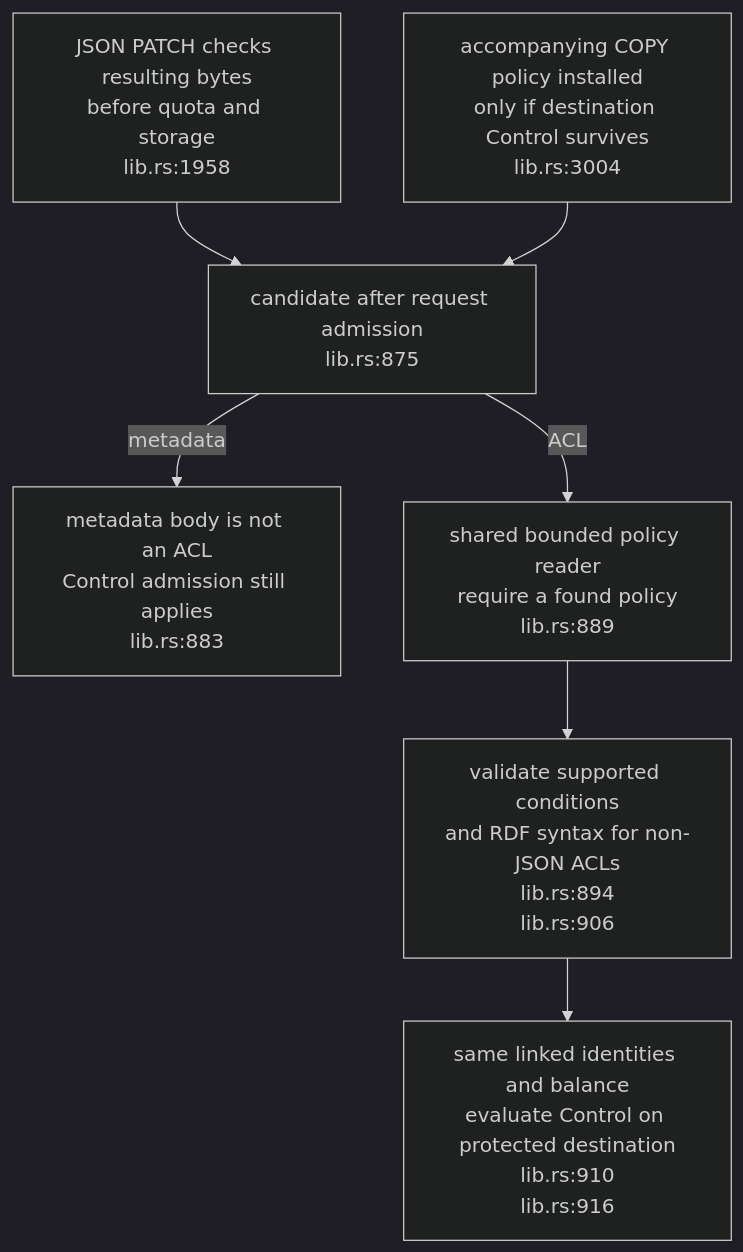
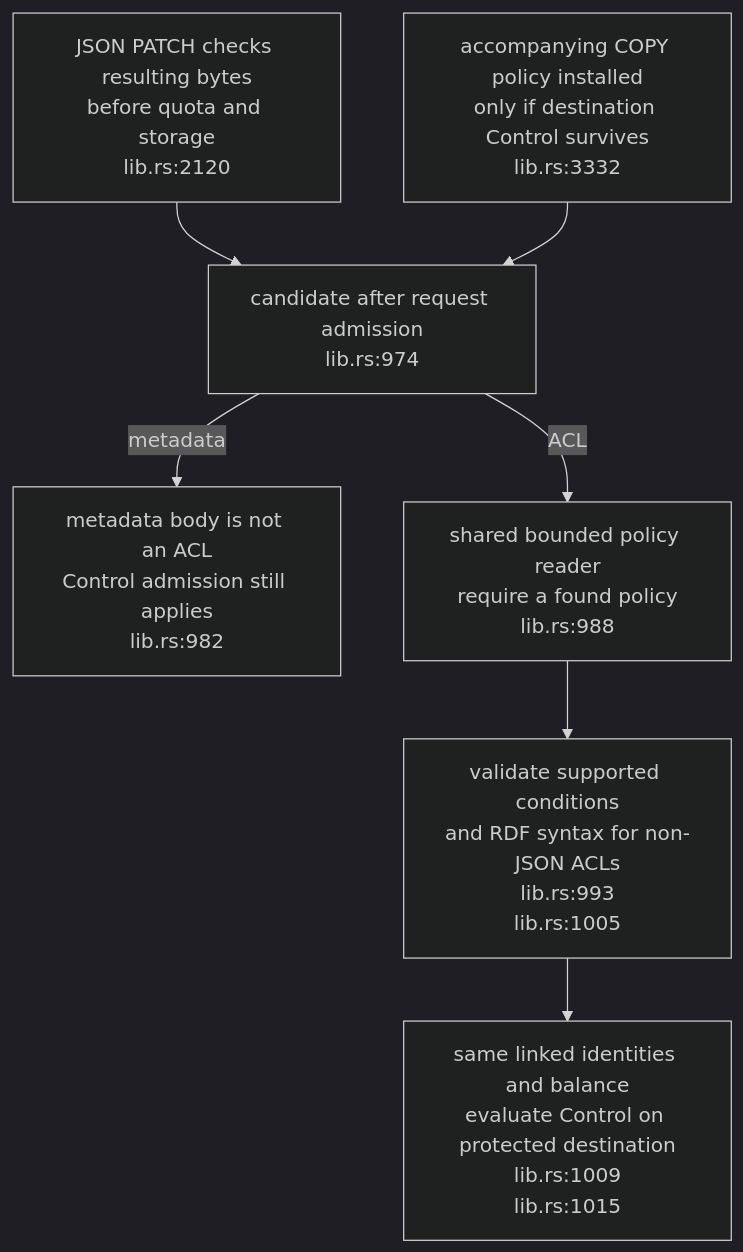
The first of 2 diagrams in docs/diagrams/solid-pod-rs/13-acl-control-and-discovery.md (DreamLab-AI/VisionFlow), drawn with Mermaid (dark theme) before and after one commit. The commit also changed other lines of this file and 154 other files, not shown here.

First line of the commit message:
docs(diagrams): re-stamp 154 topics whose every citation still reads the same text at the current heads

````diff
--- a/docs/diagrams/solid-pod-rs/13-acl-control-and-discovery.md
+++ b/docs/diagrams/solid-pod-rs/13-acl-control-and-discovery.md
@@ -25,14 +25,14 @@
 ```mermaid
 flowchart TD
-    CAND["candidate after request admission<br/>lib.rs:875"]
-    META["metadata body is not an ACL<br/>Control admission still applies<br/>lib.rs:883"]
-    READ["shared bounded policy reader<br/>require a found policy<br/>lib.rs:889"]
-    VALID["validate supported conditions<br/>and RDF syntax for non-JSON ACLs<br/>lib.rs:894<br/>lib.rs:906"]
-    EVAL["same linked identities and balance<br/>evaluate Control on protected destination<br/>lib.rs:910<br/>lib.rs:916"]
-    PATCH["JSON PATCH checks resulting bytes<br/>before quota and storage<br/>lib.rs:1958"]
-    COPY["accompanying COPY policy installed<br/>only if destination Control survives<br/>lib.rs:3004"]
+    CAND["candidate after request admission<br/>lib.rs:974"]
+    META["metadata body is not an ACL<br/>Control admission still applies<br/>lib.rs:982"]
+    READ["shared bounded policy reader<br/>require a found policy<br/>lib.rs:988"]
+    VALID["validate supported conditions<br/>and RDF syntax for non-JSON ACLs<br/>lib.rs:993<br/>lib.rs:1005"]
+    EVAL["same linked identities and balance<br/>evaluate Control on protected destination<br/>lib.rs:1009<br/>lib.rs:1015"]
+    PATCH["JSON PATCH checks resulting bytes<br/>before quota and storage<br/>lib.rs:2120"]
+    COPY["accompanying COPY policy installed<br/>only if destination Control survives<br/>lib.rs:3332"]
     CAND -->|metadata| META
     CAND -->|ACL| READ --> VALID --> EVAL
     PATCH --> CAND
     COPY --> CAND
 ```
````
